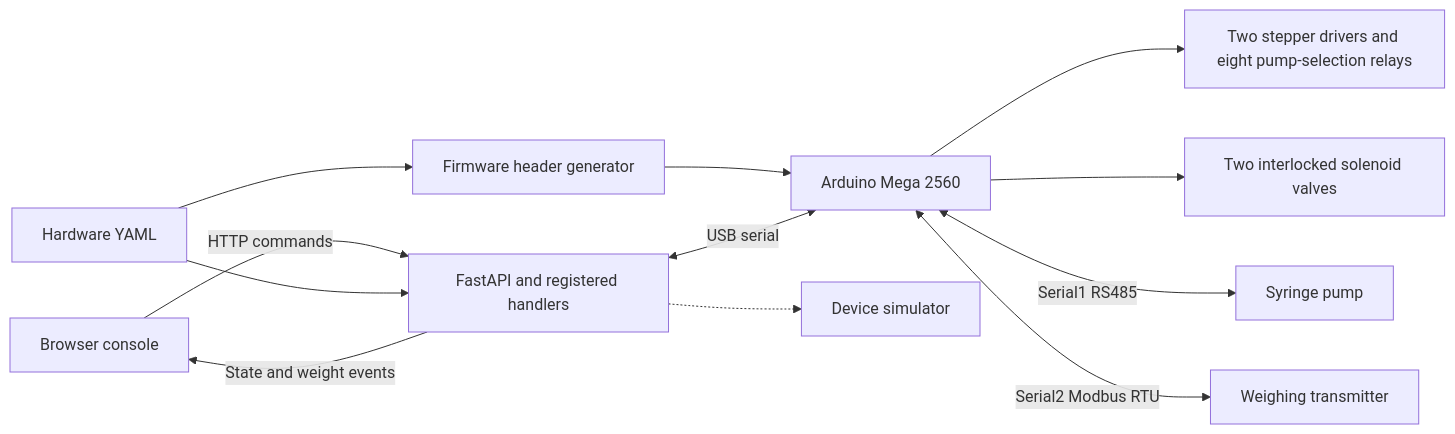
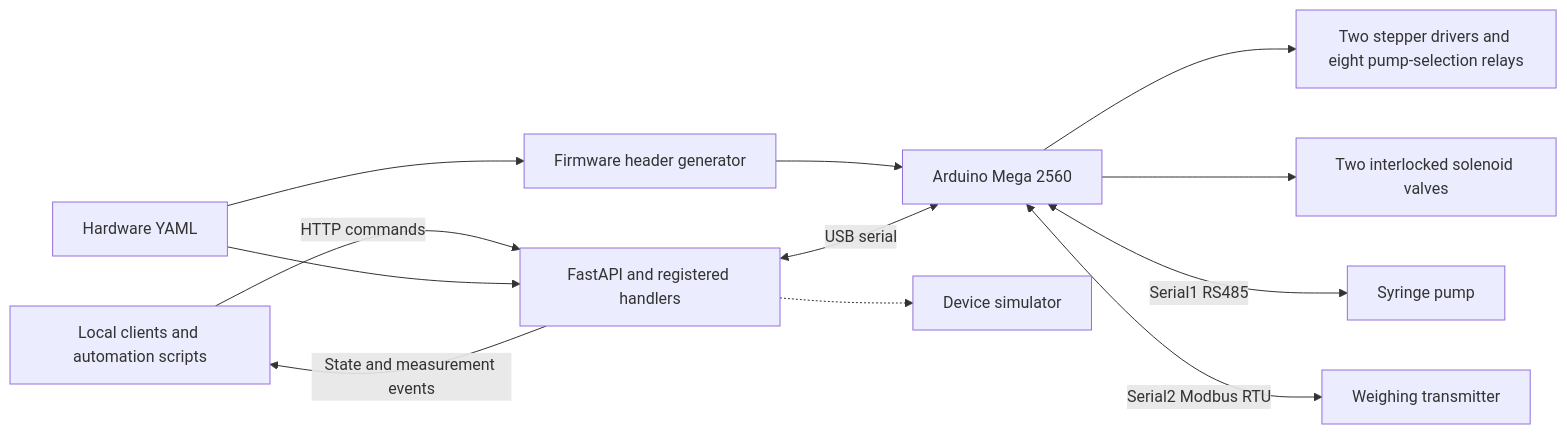
Before and after one commit to liangyuchen-research/laboratory-instrument-control: the diagram in README.md, drawn with Mermaid. The commit also changed other lines of this file and 3 other files, not shown here.

Commit message:
Refocus README on system architecture

````diff
--- a/README.md
+++ b/README.md
@@ -15,14 +11,14 @@
 ```mermaid
 flowchart LR
-    UI[Browser console] -->|HTTP commands| API[FastAPI and registered handlers]
-    API -->|State and weight events| UI
+    CLIENT[Local clients and automation scripts] -->|HTTP commands| API[FastAPI and registered handlers]
+    API -->|State and measurement events| CLIENT
     CFG[Hardware YAML] --> API
     CFG --> GEN[Firmware header generator]
     GEN --> MCU[Arduino Mega 2560]
     API <-->|USB serial| MCU
     MCU --> DRV[Two stepper drivers and eight pump-selection relays]
     MCU --> VAL[Two interlocked solenoid valves]
     MCU <-->|Serial1 RS485| SYR[Syringe pump]
     MCU <-->|Serial2 Modbus RTU| MASS[Weighing transmitter]
     API -.-> SIM[Device simulator]
 ```
````
